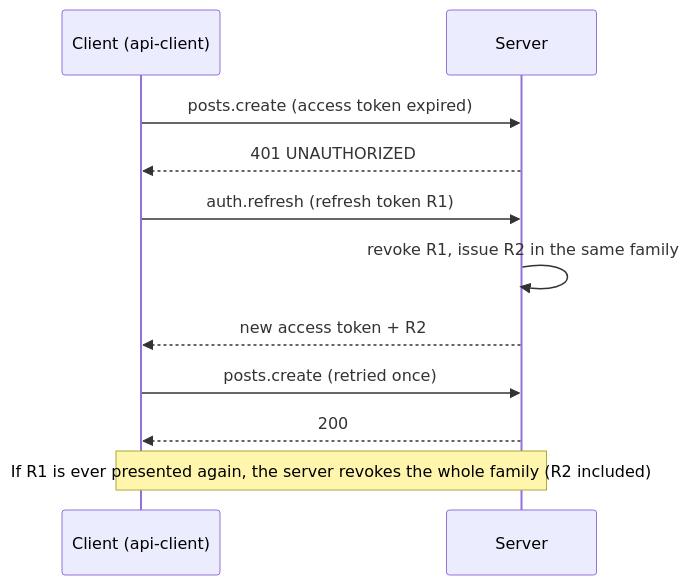
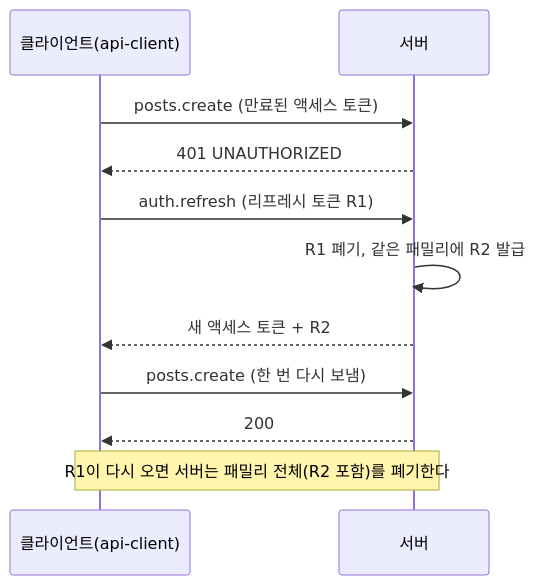
The third of 4 diagrams in README.md (wdevelope/fullstack-monorepo-starter), drawn with Mermaid before and after one commit. The commit also changed other lines of this file and 34 other files, not shown here.

````diff
--- a/README.md
+++ b/README.md
@@ -59,13 +128,13 @@
 ```mermaid
 sequenceDiagram
-  participant App as Client (api-client)
-  participant API as Server
-  App->>API: posts.create (access token expired)
+  participant App as 클라이언트(api-client)
+  participant API as 서버
+  App->>API: posts.create (만료된 액세스 토큰)
   API-->>App: 401 UNAUTHORIZED
-  App->>API: auth.refresh (refresh token R1)
-  API->>API: revoke R1, issue R2 in the same family
-  API-->>App: new access token + R2
-  App->>API: posts.create (retried once)
+  App->>API: auth.refresh (리프레시 토큰 R1)
+  API->>API: R1 폐기, 같은 패밀리에 R2 발급
+  API-->>App: 새 액세스 토큰 + R2
+  App->>API: posts.create (한 번 다시 보냄)
   API-->>App: 200
-  Note over App,API: If R1 is ever presented again, the server revokes the whole family (R2 included)
+  Note over App,API: R1이 다시 오면 서버는 패밀리 전체(R2 포함)를 폐기한다
 ```
````
